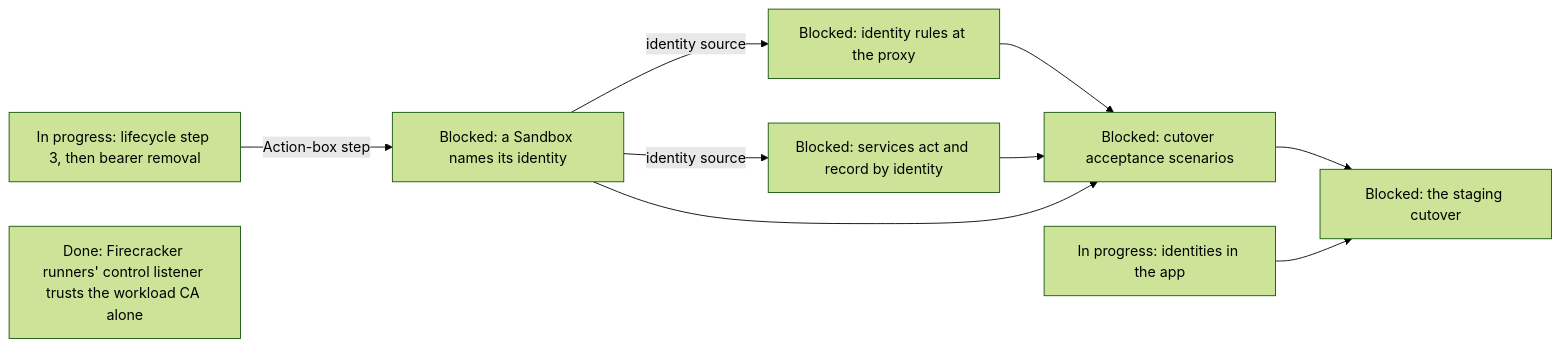
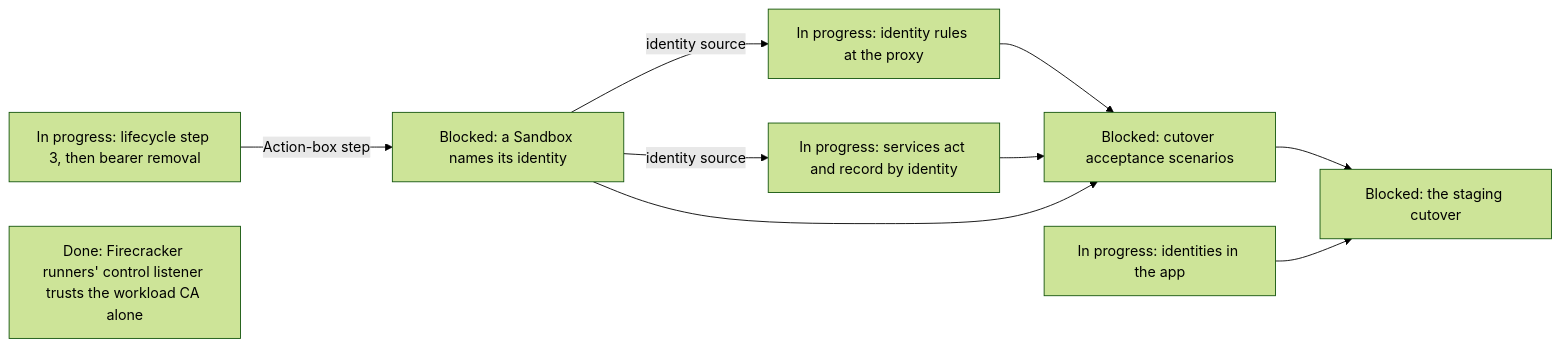
One commit to agentydragon/ducktape changed diagram 17 of 19 in agentplane/plans/task_dag.md. Above: the diagram before and after it, drawn with Mermaid (forest theme). The commit also changed other lines of this file and 26 other files, not shown here.

````diff
--- a/agentplane/plans/task_dag.md
+++ b/agentplane/plans/task_dag.md
@@ -3017,14 +3018,14 @@
 ```mermaid
 flowchart LR
     WORKLOAD_AUTH_CUTOVER[In progress: lifecycle step 3, then bearer removal]
     APP_IDENTITIES_UI[In progress: identities in the app]
     WORKLOAD_CA_CLIENT_TRUST[Done: Firecracker runners' control listener trusts the workload CA alone]
     WORKLOAD_AUTH_CUTOVER -->|Action-box step| SANDBOX_IDENTITY_SPEC[Blocked: a Sandbox names its identity]
-    SANDBOX_IDENTITY_SPEC -->|identity source| EGRESS_IDENTITY_RULES[Blocked: identity rules at the proxy]
-    SANDBOX_IDENTITY_SPEC -->|identity source| SERVICES_IDENTITY_PRINCIPAL[Blocked: services act and record by identity]
+    SANDBOX_IDENTITY_SPEC -->|identity source| EGRESS_IDENTITY_RULES[In progress: identity rules at the proxy]
+    SANDBOX_IDENTITY_SPEC -->|identity source| SERVICES_IDENTITY_PRINCIPAL[In progress: services act and record by identity]
     EGRESS_IDENTITY_RULES --> IDENTITY_SYSTEM_TESTS[Blocked: cutover acceptance scenarios]
     SERVICES_IDENTITY_PRINCIPAL --> IDENTITY_SYSTEM_TESTS
     SANDBOX_IDENTITY_SPEC --> IDENTITY_SYSTEM_TESTS
     IDENTITY_SYSTEM_TESTS --> IDENTITY_CUTOVER[Blocked: the staging cutover]
     APP_IDENTITIES_UI --> IDENTITY_CUTOVER
 ```
````
